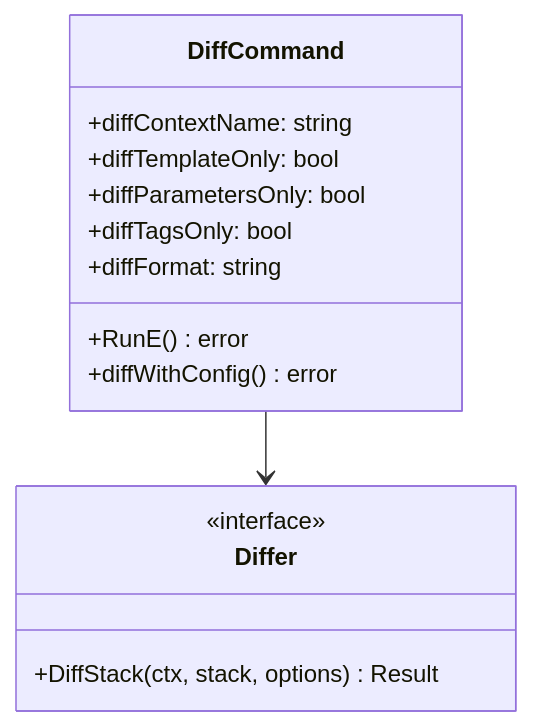
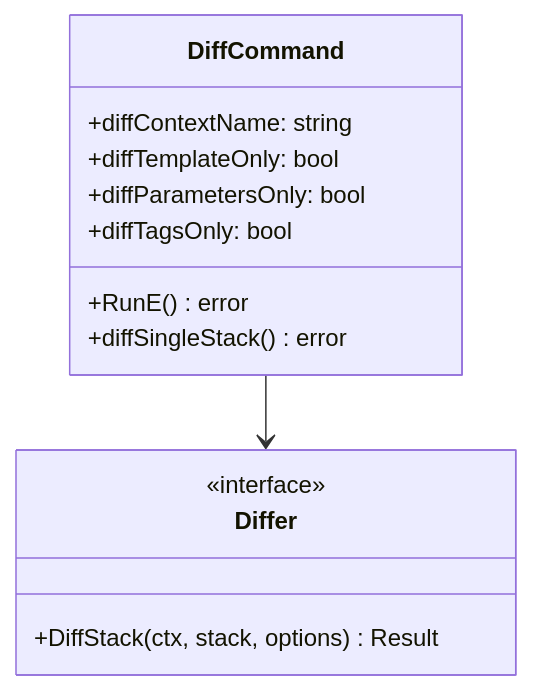
Before and after one commit to orien/stackaroo: the second of 10 diagrams in docs/architecture/diff.md, drawn with Mermaid. The commit also changed other lines of this file and 8 other files, not shown here.

First line of the commit message:
feat!: remove JSON output format from diff command

````diff
--- a/docs/architecture/diff.md
+++ b/docs/architecture/diff.md
@@ -62,19 +62,18 @@
 ```mermaid
 classDiagram
     class DiffCommand {
         +diffContextName: string
         +diffTemplateOnly: bool
         +diffParametersOnly: bool
         +diffTagsOnly: bool
-        +diffFormat: string
         +RunE() error
-        +diffWithConfig() error
+        +diffSingleStack() error
     }
-    
+
     class Differ {
         <<interface>>
         +DiffStack(ctx, stack, options) Result
     }
-    
+
     DiffCommand --> Differ
 ```
````
